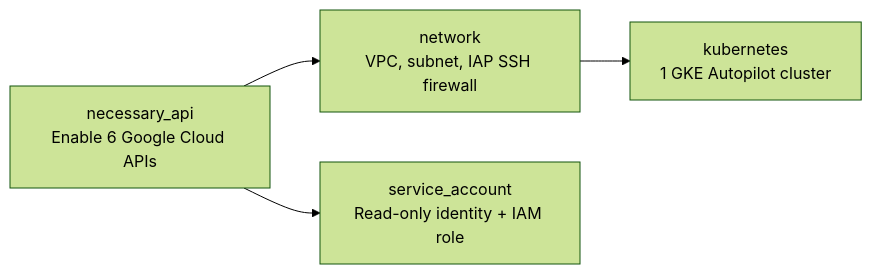
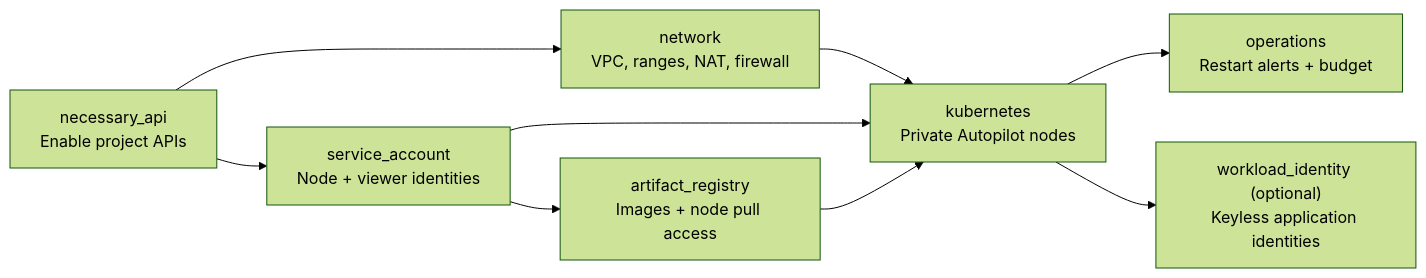
One commit to misafidiniaina/gcp_iac changed the diagram in README.md. Above: the diagram before and after it, drawn with Mermaid (forest theme). The commit also changed other lines of this file and 2 other files, not shown here.

````diff
--- a/README.md
+++ b/README.md
@@ -22,6 +25,11 @@
 ```mermaid
 flowchart LR
-    API["necessary_api<br/>Enable 6 Google Cloud APIs"] --> NET["network<br/>VPC, subnet, IAP SSH firewall"]
-    API --> SA["service_account<br/>Read-only identity + IAM role"]
-    NET --> GKE["kubernetes<br/>1 GKE Autopilot cluster"]
+    API["necessary_api<br/>Enable project APIs"] --> NET["network<br/>VPC, ranges, NAT, firewall"]
+    API --> SA["service_account<br/>Node + viewer identities"]
+    SA --> AR["artifact_registry<br/>Images + node pull access"]
+    NET --> GKE["kubernetes<br/>Private Autopilot nodes"]
+    SA --> GKE
+    AR --> GKE
+    GKE --> OPS["operations<br/>Restart alerts + budget"]
+    GKE --> WI["workload_identity (optional)<br/>Keyless application identities"]
 ```
````
